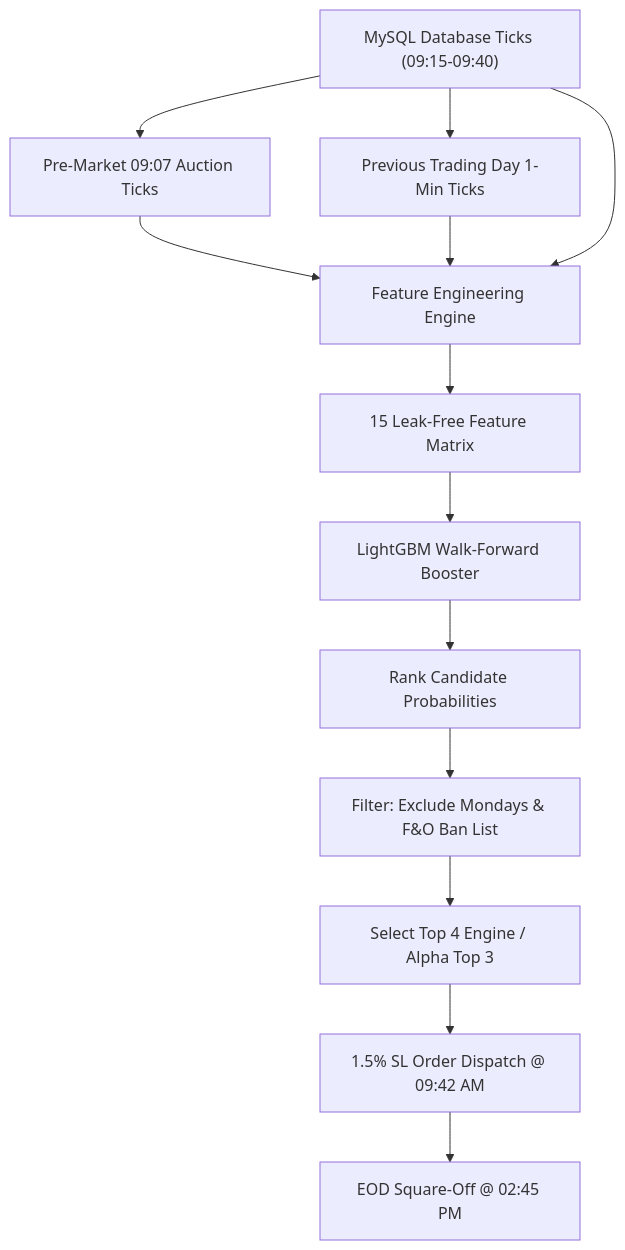
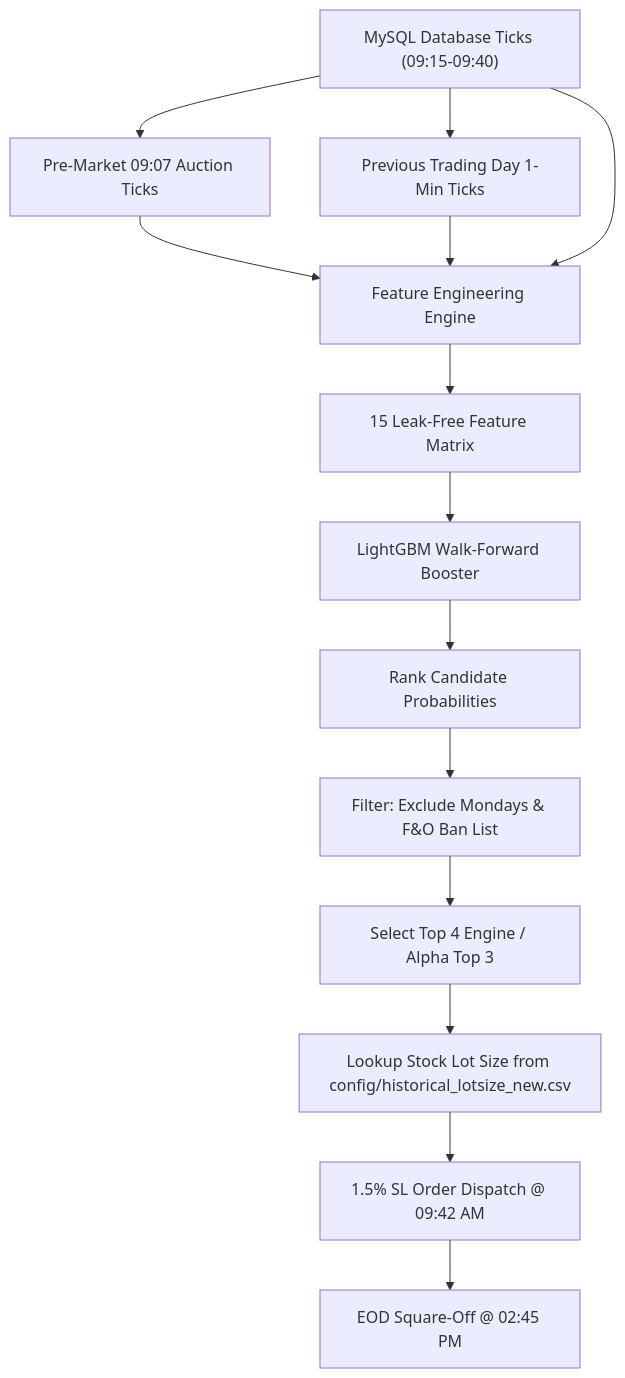
The diagram in v5_from_scratch/README.md (sarangsukumar/options-sniper), drawn with Mermaid before and after one commit. The commit also changed other lines of this file, not shown here.

Commit message:
Update README with step-by-step PnL calculation methodology and exact historical contract lot size results

````diff
--- a/v5_from_scratch/README.md
+++ b/v5_from_scratch/README.md
@@ -117,18 +158,19 @@
 ```mermaid
 graph TD
     A["MySQL Database Ticks (09:15-09:40)"] --> B["Pre-Market 09:07 Auction Ticks"]
     A --> C["Previous Trading Day 1-Min Ticks"]
     
     B --> D["Feature Engineering Engine"]
     C --> D
     A --> D
     
     D --> E["15 Leak-Free Feature Matrix"]
     E --> F["LightGBM Walk-Forward Booster"]
     F --> G["Rank Candidate Probabilities"]
     
     G --> H["Filter: Exclude Mondays & F&O Ban List"]
     H --> I["Select Top 4 Engine / Alpha Top 3"]
-    I --> J["1.5% SL Order Dispatch @ 09:42 AM"]
-    J --> K["EOD Square-Off @ 02:45 PM"]
+    I --> J["Lookup Stock Lot Size from config/historical_lotsize_new.csv"]
+    J --> K["1.5% SL Order Dispatch @ 09:42 AM"]
+    K --> L["EOD Square-Off @ 02:45 PM"]
 ```
````
